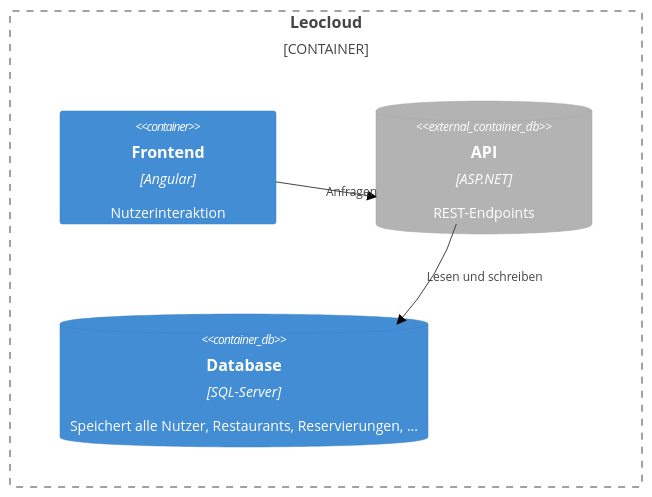
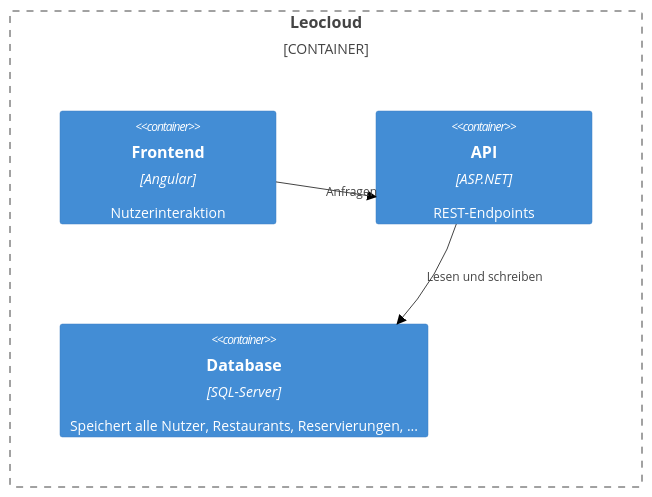
The first of 3 diagrams in Dokumentation/systembeschreibung.md (Tischreservierung/Dokumentation), drawn with Mermaid (neutral theme) before and after one commit.

````diff
--- a/Dokumentation/systembeschreibung.md
+++ b/Dokumentation/systembeschreibung.md
@@ -24,11 +24,11 @@
 ```mermaid
 C4Context
     Container_Boundary(c1, "Leocloud") {
         Container(angular, "Frontend", "Angular", "Nutzerinteraktion")
-        ContainerDb_Ext(api, "API", "ASP.NET", "REST-Endpoints")
-        ContainerDb(database, "Database", "SQL-Server", "Speichert alle Nutzer, Restaurants, Reservierungen, ...")
+        Container(api, "API", "ASP.NET", "REST-Endpoints")
+        Container(database, "Database", "SQL-Server", "Speichert alle Nutzer, Restaurants, Reservierungen, ...")
     }
     Rel(angular,api, "Anfragen")
     Rel(api,database,"Lesen und schreiben")
     
 ```
````
